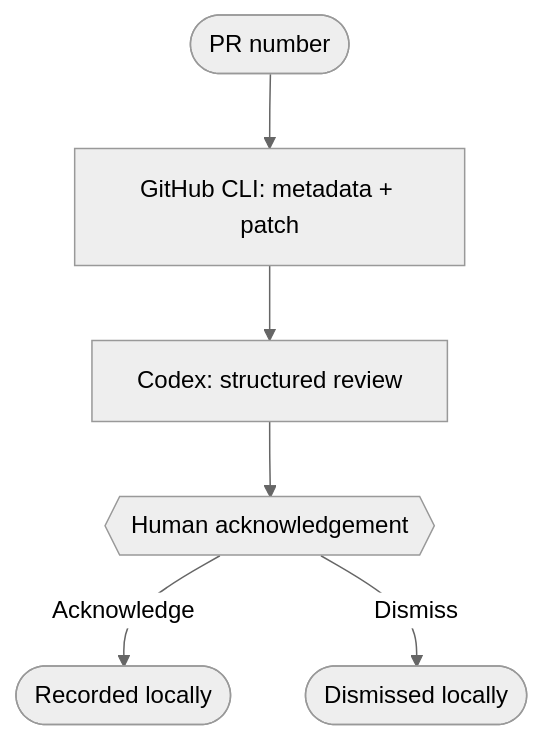
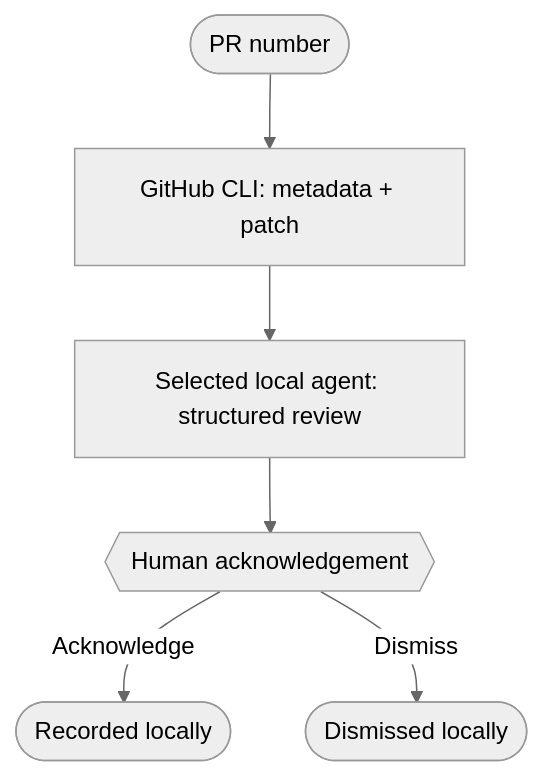
Before and after one commit to sleekapp-solutions/agentic-sdlc-workflows: the second of 2 diagrams in README.md, drawn with Mermaid (neutral theme). The commit also changed other lines of this file and 9 other files, not shown here.

````diff
--- a/README.md
+++ b/README.md
@@ -45,8 +46,8 @@
 ```mermaid
 flowchart TD
     start([PR number]) --> fetch[GitHub CLI: metadata + patch]
-    fetch --> review[Codex: structured review]
+    fetch --> review[Selected local agent: structured review]
     review --> acknowledgement{{Human acknowledgement}}
     acknowledgement -->|Acknowledge| done([Recorded locally])
     acknowledgement -->|Dismiss| dismissed([Dismissed locally])
 ```
````
